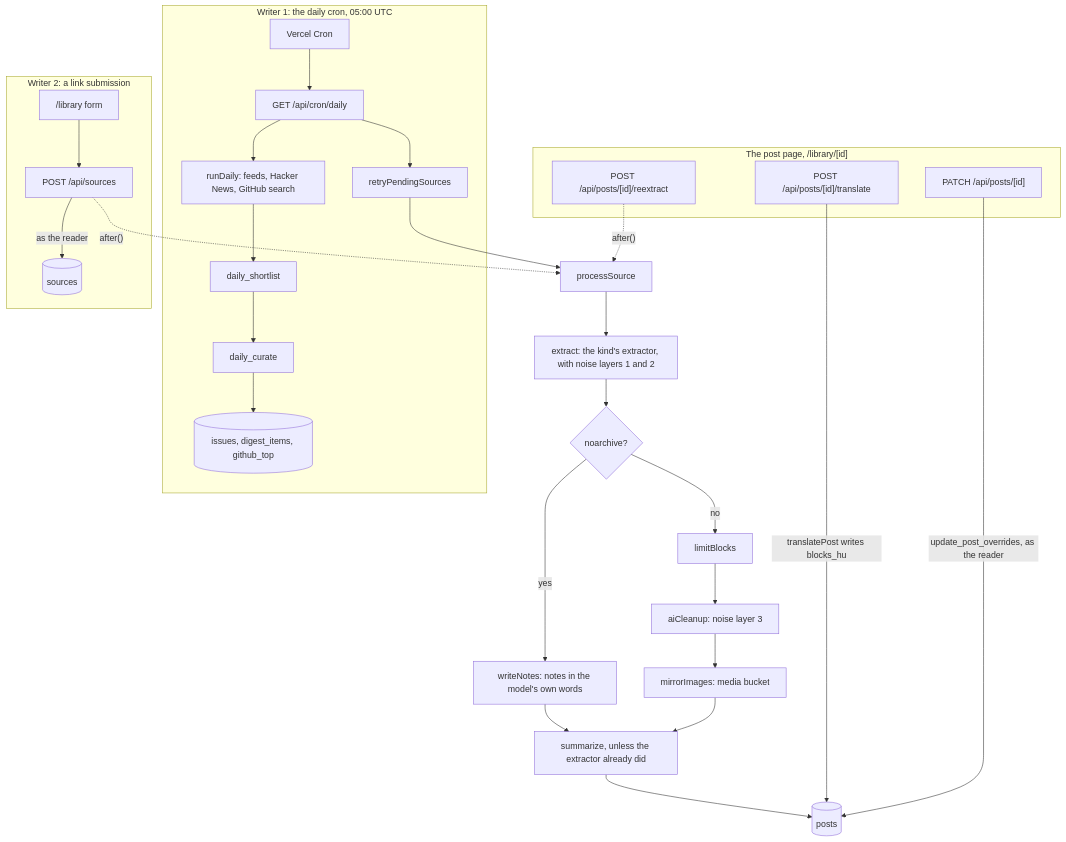
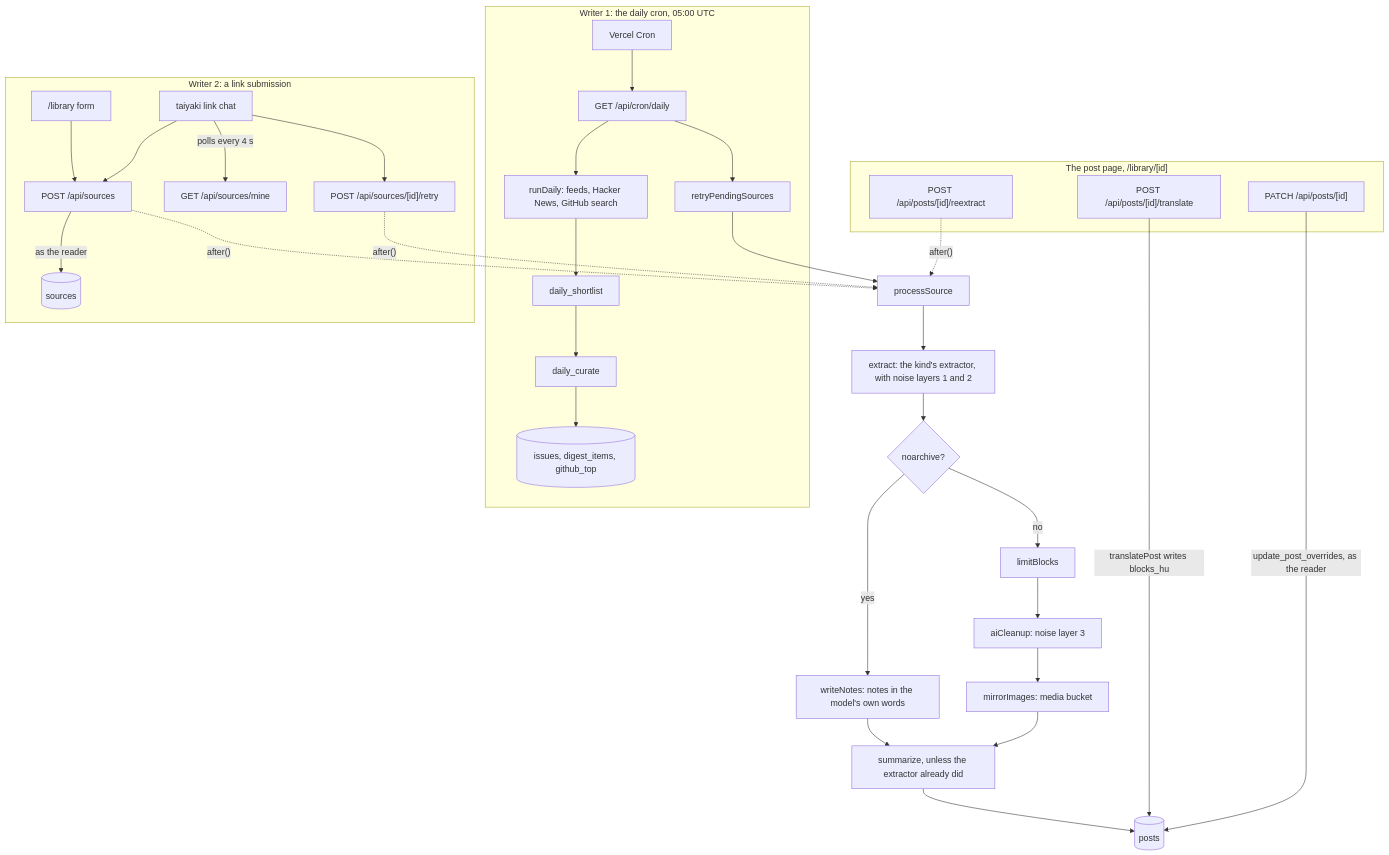
The diagram in README.md (Danzsu/Danzsu-Research-Hub), drawn with Mermaid before and after one commit. The commit also changed other lines of this file and 9 other files, not shown here.

Commit message:
docs: document the taiyaki link chat

````diff
--- a/README.md
+++ b/README.md
@@ -23,31 +23,35 @@
 ```mermaid
 flowchart TD
   subgraph daily["Writer 1: the daily cron, 05:00 UTC"]
     cron["Vercel Cron"] --> cronRoute["GET /api/cron/daily"]
     cronRoute --> runDaily["runDaily: feeds, Hacker News, GitHub search"]
     runDaily --> shortlist["daily_shortlist"] --> curate["daily_curate"]
     curate --> radar[("issues, digest_items, github_top")]
     cronRoute --> retry["retryPendingSources"]
   end
   subgraph submit["Writer 2: a link submission"]
     form["/library form"] --> sourcesRoute["POST /api/sources"]
+    chat["taiyaki link chat"] --> sourcesRoute
+    chat -->|"polls every 4 s"| mineRoute["GET /api/sources/mine"]
+    chat --> retryRoute["POST /api/sources/[id]/retry"]
     sourcesRoute -->|"as the reader"| sources[("sources")]
   end
   subgraph postPage["The post page, /library/[id]"]
     reextractRoute["POST /api/posts/[id]/reextract"]
     translateRoute["POST /api/posts/[id]/translate"]
     editRoute["PATCH /api/posts/[id]"]
   end
   sourcesRoute -.->|"after()"| ingest["processSource"]
+  retryRoute -.->|"after()"| ingest
   reextractRoute -.->|"after()"| ingest
   retry --> ingest
   ingest --> extract["extract: the kind's extractor, with noise layers 1 and 2"]
   extract --> noarchive{"noarchive?"}
   noarchive -->|yes| notes["writeNotes: notes in the model's own words"]
   noarchive -->|no| limit["limitBlocks"] --> cleanup["aiCleanup: noise layer 3"] --> images["mirrorImages: media bucket"]
   notes --> summarize["summarize, unless the extractor already did"]
   images --> summarize
   summarize --> posts[("posts")]
   translateRoute -->|"translatePost writes blocks_hu"| posts
   editRoute -->|"update_post_overrides, as the reader"| posts
 ```
````
